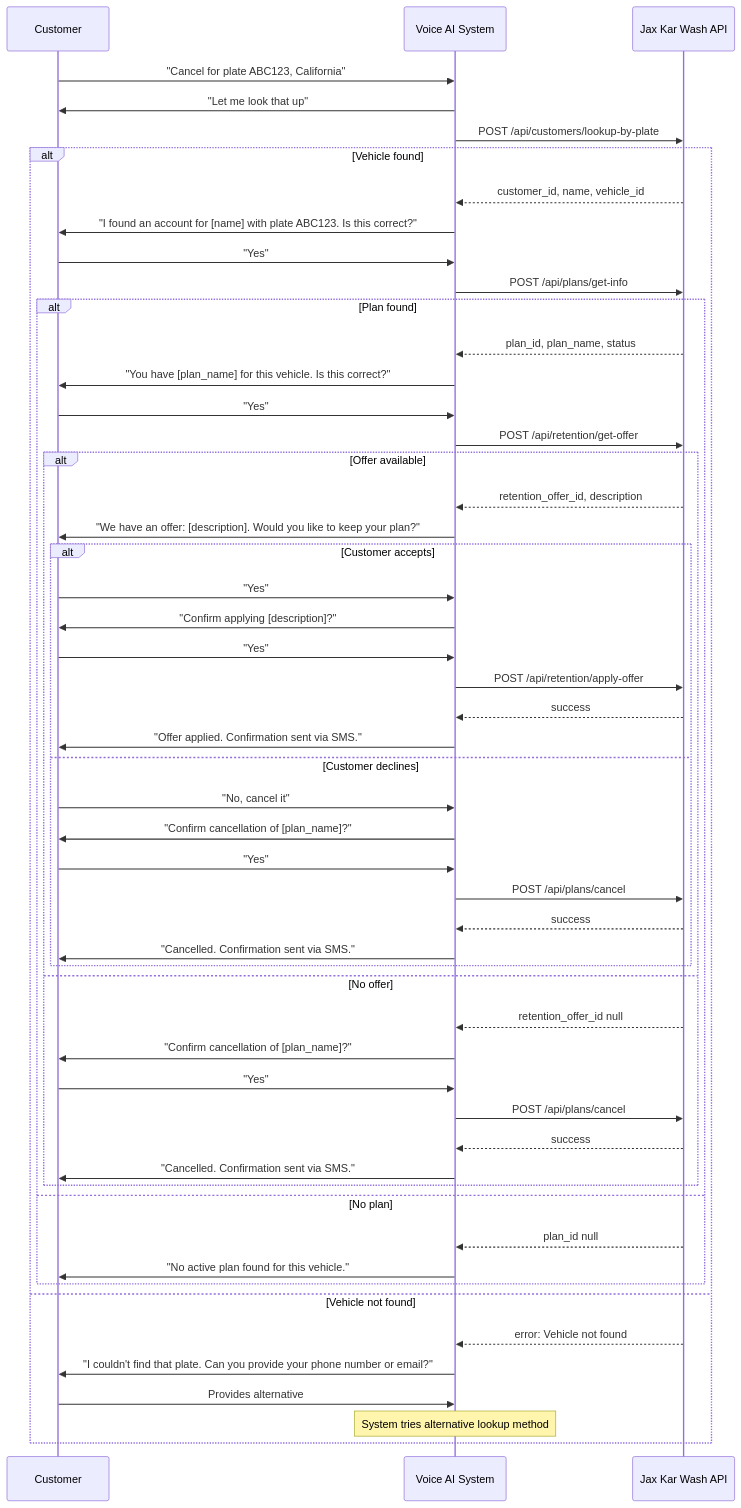
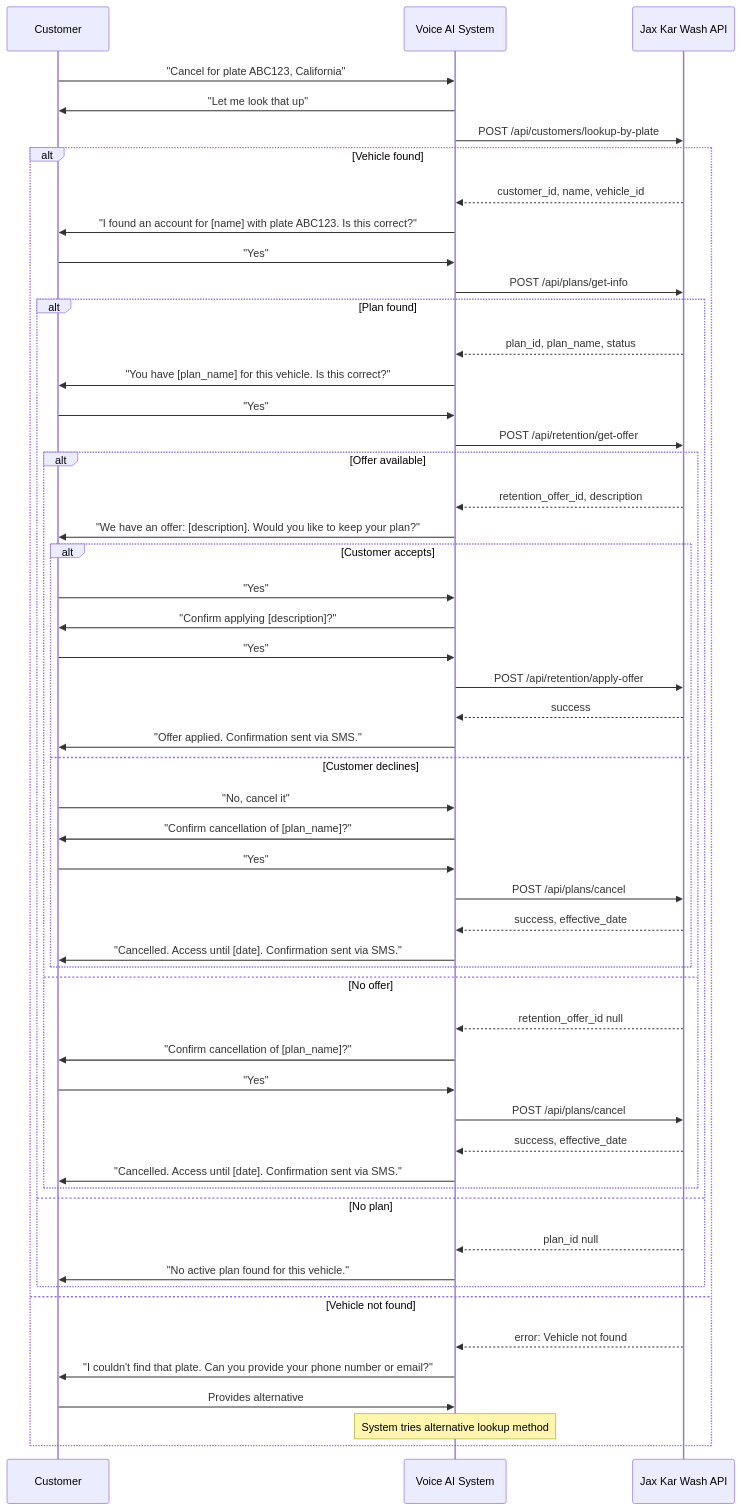
The eighth of 11 diagrams in Jax-Kar-Wash-API-Integration–Discussion-Document.md (HelloWash/Public), drawn with Mermaid before and after one commit. The commit also changed other lines of this file, not shown here.

Commit message:
Update API integration discussion document

````diff
--- a/Jax-Kar-Wash-API-Integration–Discussion-Document.md
+++ b/Jax-Kar-Wash-API-Integration–Discussion-Document.md
@@ -752,56 +752,56 @@
 ```mermaid
 sequenceDiagram
     participant Customer
     participant System as Voice AI System
     participant API as Jax Kar Wash API
 
     Customer->>System: "Cancel for plate ABC123, California"
     System->>Customer: "Let me look that up"
     System->>API: POST /api/customers/lookup-by-plate
     alt Vehicle found
         API-->>System: customer_id, name, vehicle_id
         System->>Customer: "I found an account for [name] with plate ABC123. Is this correct?"
         Customer->>System: "Yes"
         System->>API: POST /api/plans/get-info
         alt Plan found
             API-->>System: plan_id, plan_name, status
             System->>Customer: "You have [plan_name] for this vehicle. Is this correct?"
             Customer->>System: "Yes"
             System->>API: POST /api/retention/get-offer
             alt Offer available
                 API-->>System: retention_offer_id, description
                 System->>Customer: "We have an offer: [description]. Would you like to keep your plan?"
                 alt Customer accepts
                     Customer->>System: "Yes"
                     System->>Customer: "Confirm applying [description]?"
                     Customer->>System: "Yes"
                     System->>API: POST /api/retention/apply-offer
                     API-->>System: success
                     System->>Customer: "Offer applied. Confirmation sent via SMS."
                 else Customer declines
                     Customer->>System: "No, cancel it"
                     System->>Customer: "Confirm cancellation of [plan_name]?"
                     Customer->>System: "Yes"
                     System->>API: POST /api/plans/cancel
-                    API-->>System: success
-                    System->>Customer: "Cancelled. Confirmation sent via SMS."
+                    API-->>System: success, effective_date
+                    System->>Customer: "Cancelled. Access until [date]. Confirmation sent via SMS."
                 end
             else No offer
                 API-->>System: retention_offer_id null
                 System->>Customer: "Confirm cancellation of [plan_name]?"
                 Customer->>System: "Yes"
                 System->>API: POST /api/plans/cancel
-                API-->>System: success
-                System->>Customer: "Cancelled. Confirmation sent via SMS."
+                API-->>System: success, effective_date
+                System->>Customer: "Cancelled. Access until [date]. Confirmation sent via SMS."
             end
         else No plan
             API-->>System: plan_id null
             System->>Customer: "No active plan found for this vehicle."
         end
     else Vehicle not found
         API-->>System: error: Vehicle not found
         System->>Customer: "I couldn't find that plate. Can you provide your phone number or email?"
         Customer->>System: Provides alternative
         Note over System: System tries alternative lookup method
     end
 ```
````
